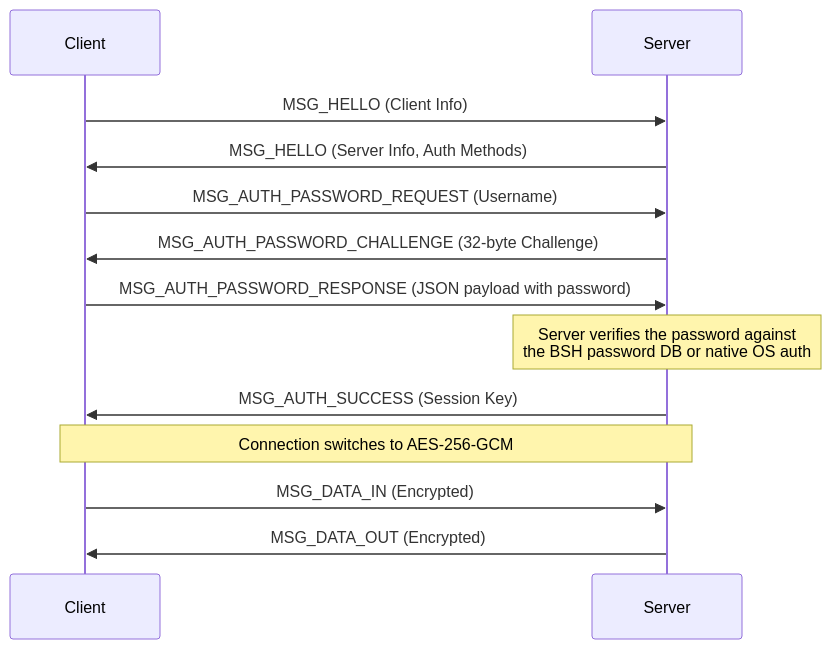
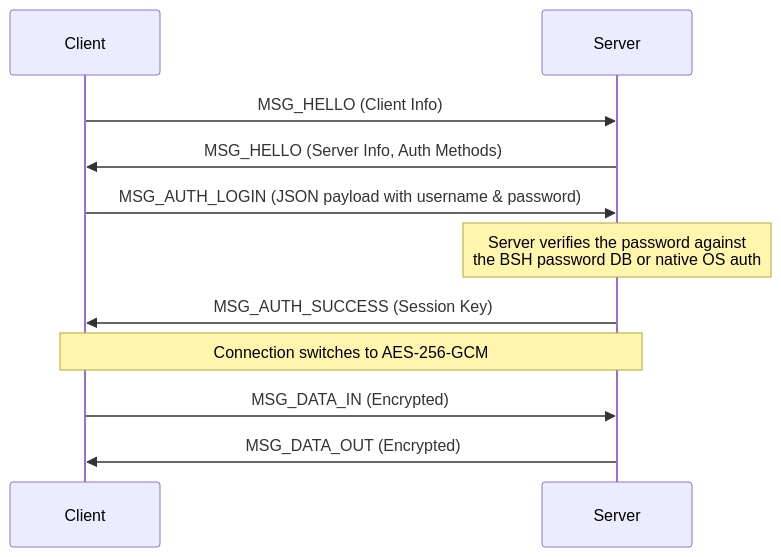
Before and after one commit to Hacker-SriDhar/OpenBSH: the second of 2 diagrams in docs/architecture.md, drawn with Mermaid. The commit also changed other lines of this file and 11 other files, not shown here.

````diff
--- a/docs/architecture.md
+++ b/docs/architecture.md
@@ -71,20 +71,18 @@
 ```mermaid
 sequenceDiagram
     participant C as Client
     participant S as Server
 
     C->>S: MSG_HELLO (Client Info)
     S->>C: MSG_HELLO (Server Info, Auth Methods)
     
-    C->>S: MSG_AUTH_PASSWORD_REQUEST (Username)
-    S->>C: MSG_AUTH_PASSWORD_CHALLENGE (32-byte Challenge)
-    C->>S: MSG_AUTH_PASSWORD_RESPONSE (JSON payload with password)
+    C->>S: MSG_AUTH_LOGIN (JSON payload with username & password)
     
     Note over S: Server verifies the password against<br/>the BSH password DB or native OS auth
     
     S->>C: MSG_AUTH_SUCCESS (Session Key)
     
     Note over C, S: Connection switches to AES-256-GCM
     C->>S: MSG_DATA_IN (Encrypted)
     S->>C: MSG_DATA_OUT (Encrypted)
 ```
````
